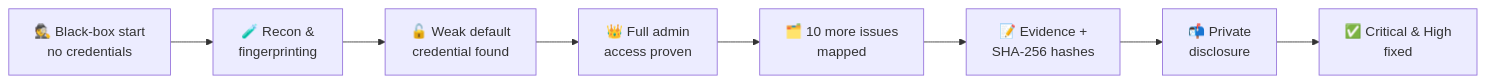
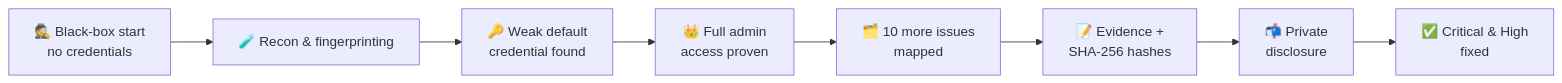
Before and after one commit to GhostYasas/First-Public-Website-Hack: the diagram in README.md, drawn with Mermaid. The commit also changed other lines of this file, not shown here.

````diff
--- a/README.md
+++ b/README.md
@@ -114,10 +111,10 @@
 ```mermaid
 flowchart LR
-    A[🕵️ Black-box start<br/>no credentials] --> B[🧪 Recon &<br/>fingerprinting]
-    B --> C[🔓 Weak default<br/>credential found]
-    C --> D[👑 Full admin<br/>access proven]
-    D --> E[🗂️ 10 more issues<br/>mapped]
-    E --> F[📝 Evidence +<br/>SHA-256 hashes]
-    F --> G[📬 Private<br/>disclosure]
-    G --> H[✅ Critical & High<br/>fixed]
+    A["🕵️ Black-box start<br/>no credentials"] --> B["🧪 Recon &amp; fingerprinting"]
+    B --> C["🔑 Weak default<br/>credential found"]
+    C --> D["👑 Full admin<br/>access proven"]
+    D --> E["🗂️ 10 more issues<br/>mapped"]
+    E --> F["📝 Evidence +<br/>SHA-256 hashes"]
+    F --> G["📬 Private<br/>disclosure"]
+    G --> H["✅ Critical & High<br/>fixed"]
 ```
````
